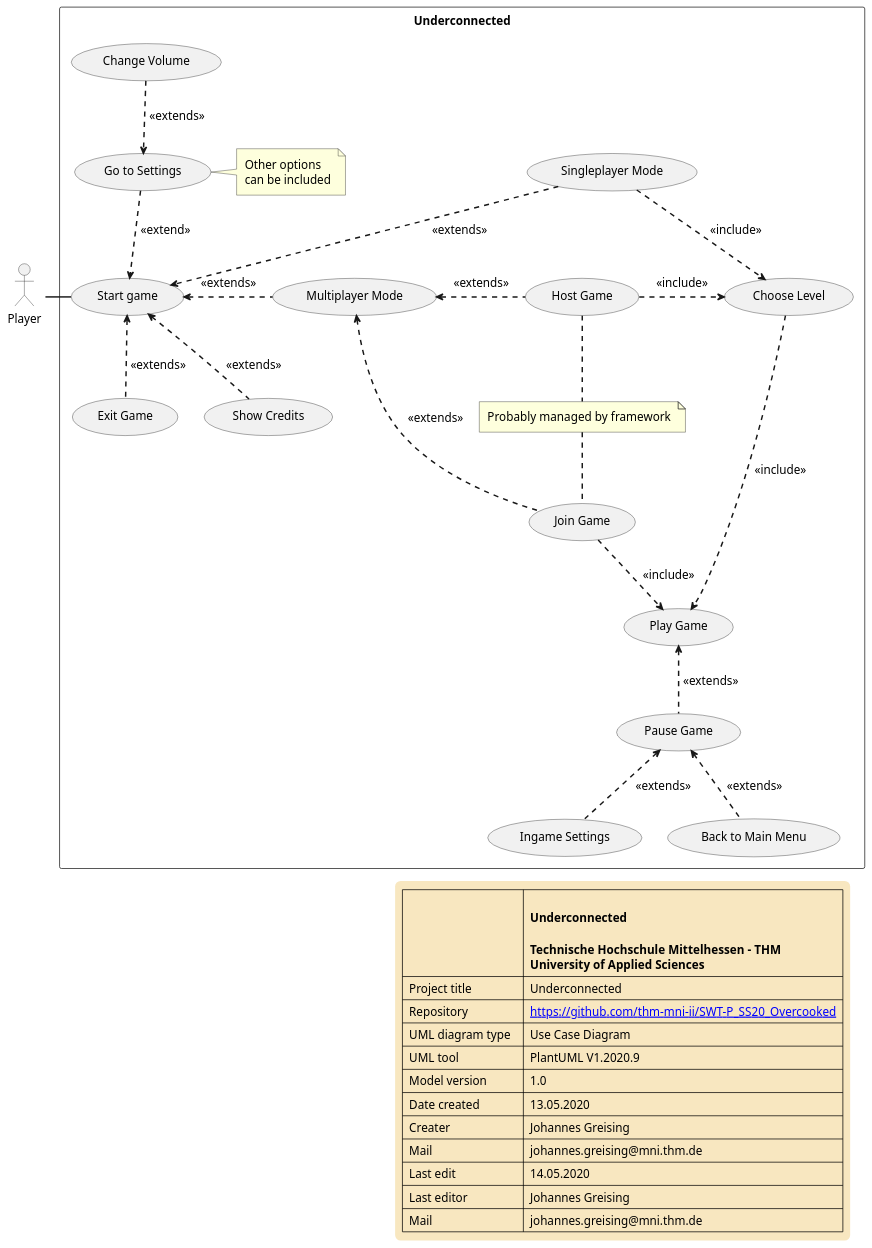
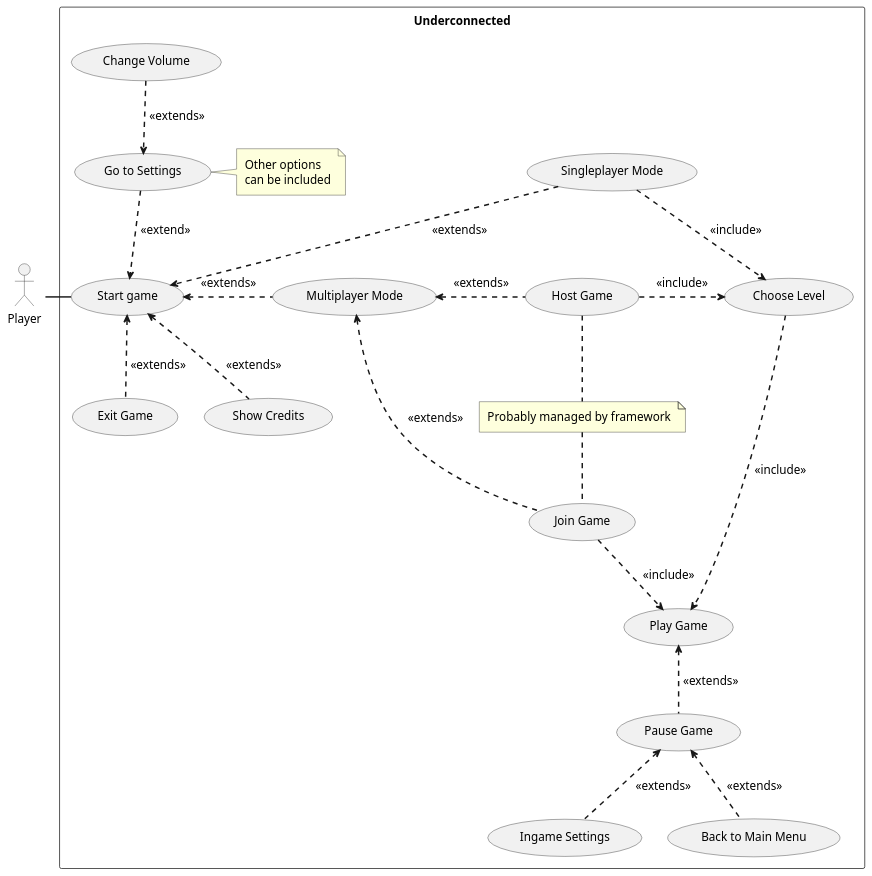
Before and after one commit to thm-mni-ii/SWT-P_SS20_Overcooked: the diagram in Diagrams/Use Case diagram Underconnected.puml, drawn with PlantUML. The commit also changed 2 other files, not shown here.

Commit message:
Added the use case without legend

```diff
--- a/Diagrams/Use Case diagram Underconnected.puml
+++ b/Diagrams/Use Case diagram Underconnected.puml
@@ -1,79 +1,64 @@
 @startuml
 skinparam LegendBackgroundColor Strategy
 skinparam LegendBorderThickness 0
 skinparam LegendFontSize 16
 skinparam Padding 5
 skinparam defaultFontSize 16
 skinparam ArrowThickness 2
 skinparam shadowing false
 
 actor Player
 
 rectangle Underconnected {
 ' Nodes
     (Start game) as (Start)
     (Go to Settings) as (Settings)
     (Show Credits) as (Credits)
     (Exit Game) as (Exit)
     (Change Volume) as (Vol)
     (Singleplayer Mode) as (SP)
     (Multiplayer Mode) as (MP)
     (Choose Level) as (Level)
     (Host Game) as (Host)
     (Join Game) as (Join)
     (Play Game) as (Play)
     (Pause Game) as (Pause)
     (Ingame Settings) as (ISettings)
     (Back to Main Menu) as (Menu)
 
 ' Relations
     Player -right- (Start)
 
     (Start) <.up. (Settings) : <<extend>>
     (Settings) <.up. (Vol) : <<extends>>
     note right of Settings
     Other options
     can be included
     end note
 
     (Start) <.down. (Credits) : <<extends>>
     (Start) <.down. (Exit) : <<extends>>
     (Start) <.up. (SP) : <<extends>>
     (Start) <.right. (MP) : <<extends>>
     (MP) <.right. (Host) : <<extends>>
     note "Probably managed by framework" as N2
     (MP) <.. (Join) : <<extends>>
 
     (Host) .. N2
     N2 .. (Join)
 
     (SP) .right.> (Level) : <<include>>
     (Host) .right.> (Level) : <<include>>
 
     (Level) ..> (Play) : <<include>>
     (Join) ..> (Play) : <<include>>
 
     (Play) <.. (Pause) : <<extends>>
     (Pause) <.. (ISettings) : <<extends>>
     (Pause) <.. (Menu) : <<extends>>
 
 }
 
 
-legend right
-  |= \n           |= \n Underconnected \n\n Technische Hochschule Mittelhessen – THM \n University of Applied Sciences |
-  | Project title | Underconnected |
-  | Repository | [[https://github.com/thm-mni-ii/SWT-P_SS20_Overcooked]] |
-  | UML diagram type   | Use Case Diagram |
-  | UML tool | PlantUML V1.2020.9|
-  | Model version | 1.0 |
-  | Date created | 13.05.2020 |
-  | Creater | Johannes Greising |
-  | Mail| johannes.greising@mni.thm.de |
-  | Last edit | 14.05.2020 |
-  | Last editor | Johannes Greising |
-  | Mail| johannes.greising@mni.thm.de |
-end legend
-
 
 @enduml
```
